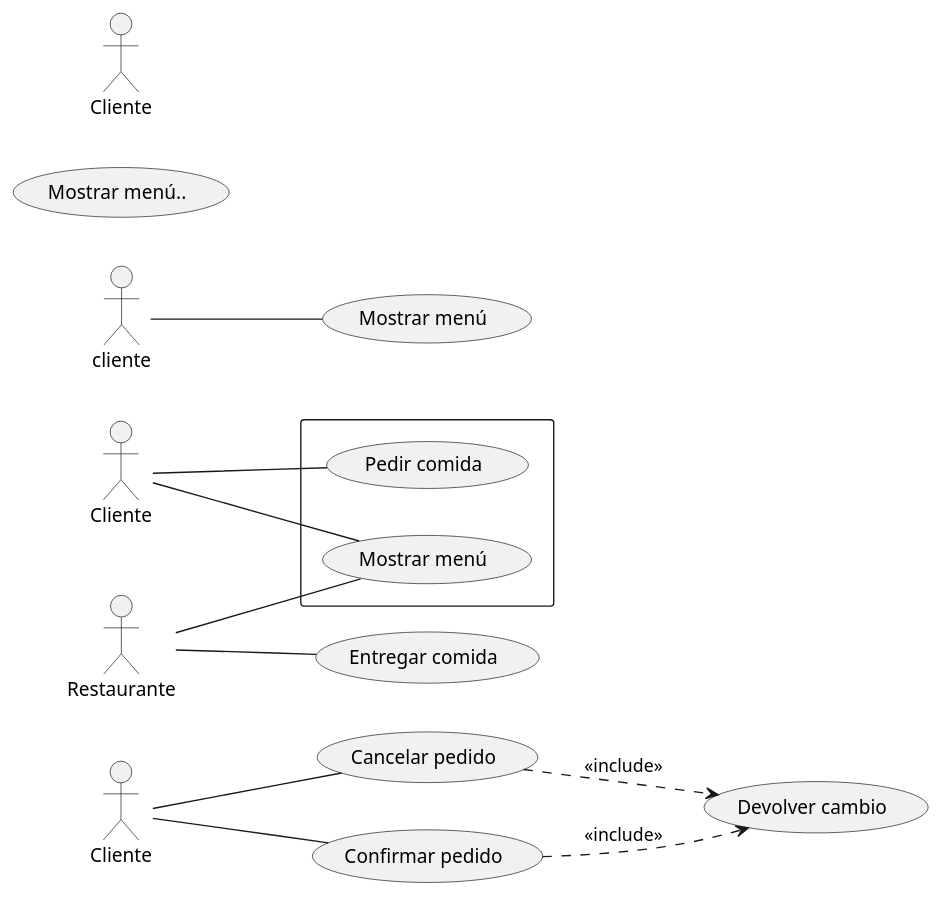
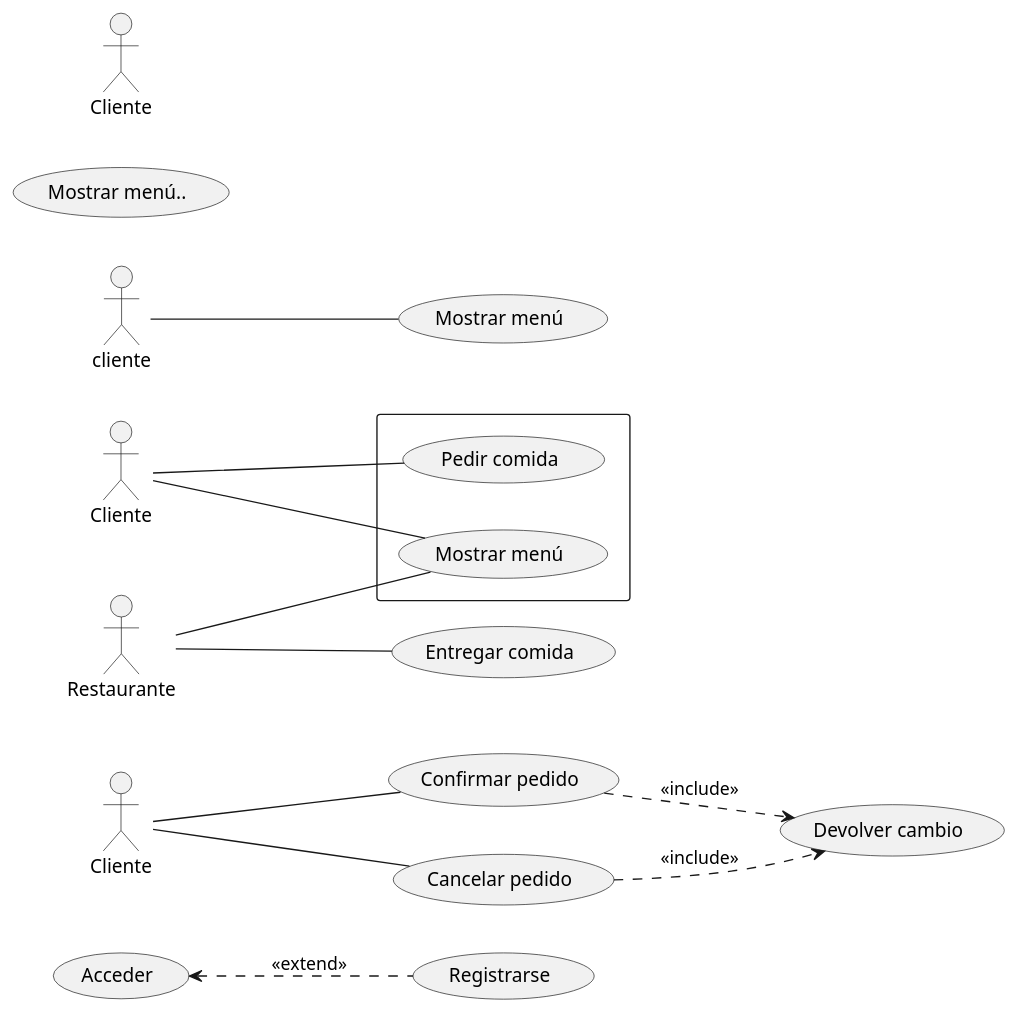
Before and after one commit to JuanmaEDE/UML_casos_de_uso: the diagram in UML_casos_de_uso.puml, drawn with PlantUML.

Commit message:
Realizado Extensión

```diff
--- a/UML_casos_de_uso.puml
+++ b/UML_casos_de_uso.puml
@@ -1,29 +1,34 @@
 @startuml
+usecase "Acceder" as acc
+usecase "Registrarse" as reg
+(acc) <.. (reg) : <<extend>>
+
+
 left to right direction
 actor "Cliente" as cl1
 usecase "Confirmar pedido" as cp
 usecase "Cancelar pedido" as cap
 usecase "Devolver cambio" as dc
 cl1 -- cp
 cl1 -- cap
 (cp) ..> (dc) : <<include>>
 (cap) ..> (dc) : <<include>>
 
 left to right direction
 actor "Cliente" as cl
 actor "Restaurante" as re
 rectangle  {
   usecase "Mostrar menú" as UC1
   usecase "Pedir comida" as UC2
 
 }
 usecase "Entregar comida" as UC3
 cl -- UC1
 cl -- UC2
 re -- UC3
 re -- UC1
 
  :cliente: -- (Mostrar menú)
  Usecase uc1 as "Mostrar menú.."
 actor "Cliente" as ctl
 @enduml
```
